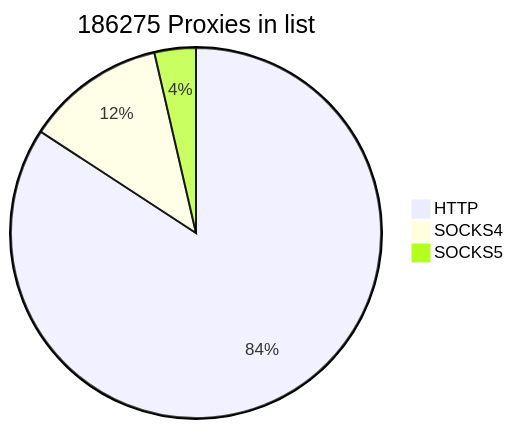
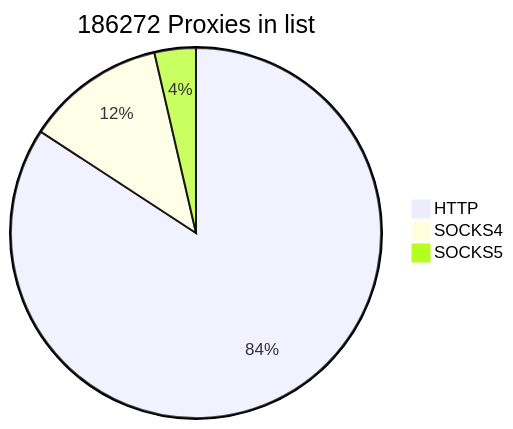
One commit to cutipu/proxylist changed the first of 2 diagrams in README.md. Above: the diagram before and after it, drawn with Mermaid. The commit also changed other lines of this file, not shown here.

````diff
--- a/README.md
+++ b/README.md
@@ -2,7 +2,7 @@
 ```mermaid
-pie title 186275 Proxies in list
-    "HTTP" : 156843
+pie title 186272 Proxies in list
+    "HTTP" : 156840
     "SOCKS4" : 22700
     "SOCKS5" : 6732
             
 ```
````
